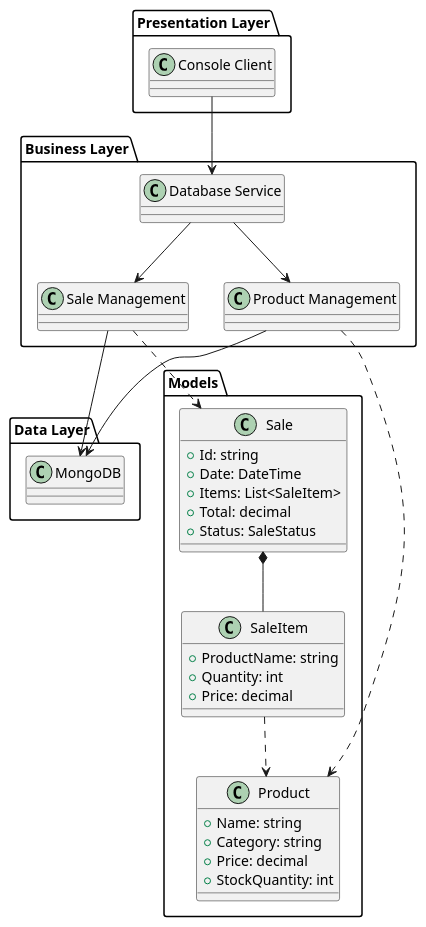
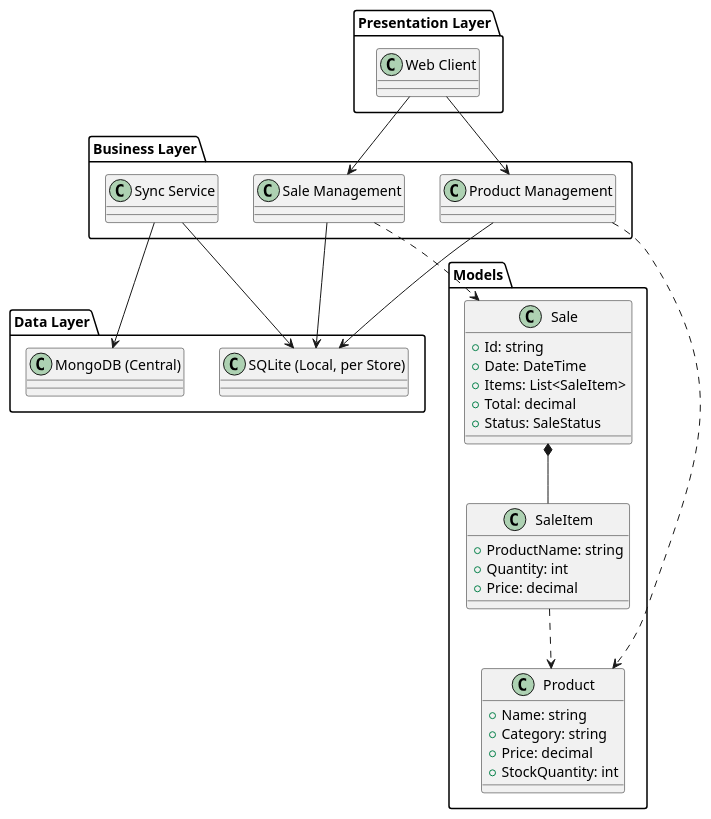
The diagram in docs/UML/logical-view.puml (Reinemaker/LOG430_02_Lab2), drawn with PlantUML before and after one commit. The commit also changed 198 other files, not shown here.

Commit message:
Reworked on ADR, UML and README.md to adapt to Lab3. UC2 is partially functioning and UC4,6,7 are missing at this moment.

```diff
--- a/docs/UML/logical-view.puml
+++ b/docs/UML/logical-view.puml
@@ -1,50 +1,52 @@
 @startuml Logical View
 
 package "Presentation Layer" {
-    class "Console Client"
+    class "Web Client"
 }
 
 package "Business Layer" {
-    class "Database Service"
+    class "Sync Service"
     class "Product Management"
     class "Sale Management"
 }
 
 package "Data Layer" {
-    class "MongoDB"
+    class "MongoDB (Central)"
+    class "SQLite (Local, per Store)"
 }
 
 package "Models" {
     class Product {
         +Name: string
         +Category: string
         +Price: decimal
         +StockQuantity: int
     }
 
     class Sale {
         +Id: string
         +Date: DateTime
         +Items: List<SaleItem>
         +Total: decimal
         +Status: SaleStatus
     }
 
     class SaleItem {
         +ProductName: string
         +Quantity: int
         +Price: decimal
     }
 }
 
-"Console Client" --> "Database Service"
-"Database Service" --> "Product Management"
-"Database Service" --> "Sale Management"
-"Product Management" --> "MongoDB"
-"Sale Management" --> "MongoDB"
+"Web Client" --> "Product Management"
+"Web Client" --> "Sale Management"
+"Product Management" --> "SQLite (Local, per Store)"
+"Sale Management" --> "SQLite (Local, per Store)"
+"Sync Service" --> "SQLite (Local, per Store)"
+"Sync Service" --> "MongoDB (Central)"
 "Product Management" ..> Product
 "Sale Management" ..> Sale
 Sale *-- SaleItem
 SaleItem ..> Product
 
 @enduml 
```
